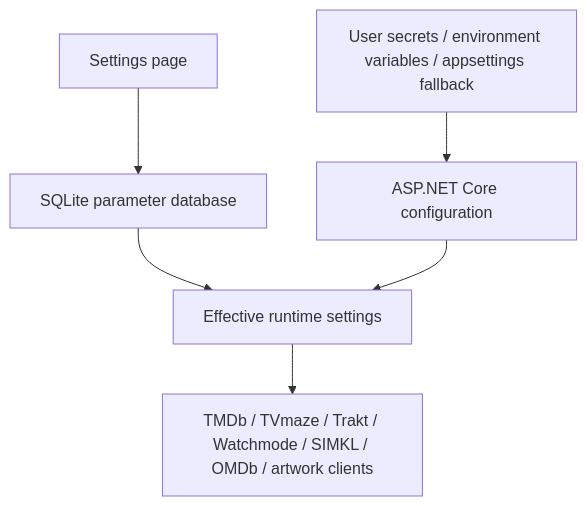
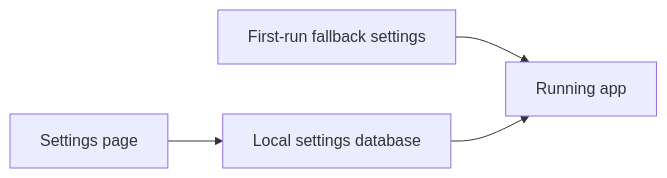
The diagram in docs/Troubleshooting.md (Belgian-Coder/PremiereCalendar), drawn with Mermaid before and after one commit. The commit also changed other lines of this file and 4 other files, not shown here.

````diff
--- a/docs/Troubleshooting.md
+++ b/docs/Troubleshooting.md
@@ -17,8 +83,6 @@
 ```mermaid
-flowchart TD
-    UI["Settings page"] --> Db["SQLite parameter database"]
-    Secrets["User secrets / environment variables / appsettings fallback"] --> Config["ASP.NET Core configuration"]
-    Db --> Effective["Effective runtime settings"]
-    Config --> Effective
-    Effective --> Clients["TMDb / TVmaze / Trakt / Watchmode / SIMKL / OMDb / artwork clients"]
+flowchart LR
+    Settings["Settings page"] --> Db["Local settings database"]
+    Fallback["First-run fallback settings"] --> App["Running app"]
+    Db --> App
 ```
````
